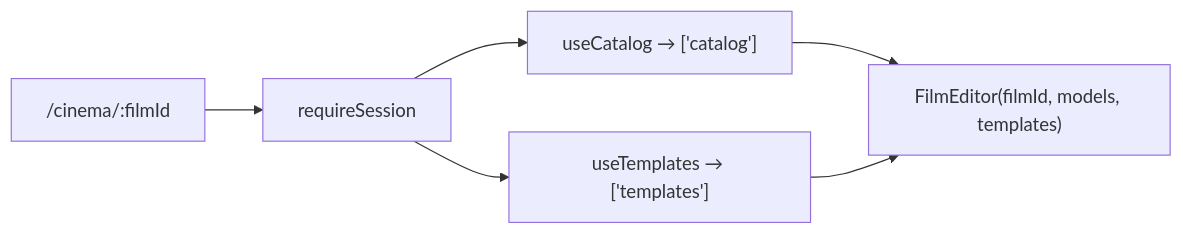
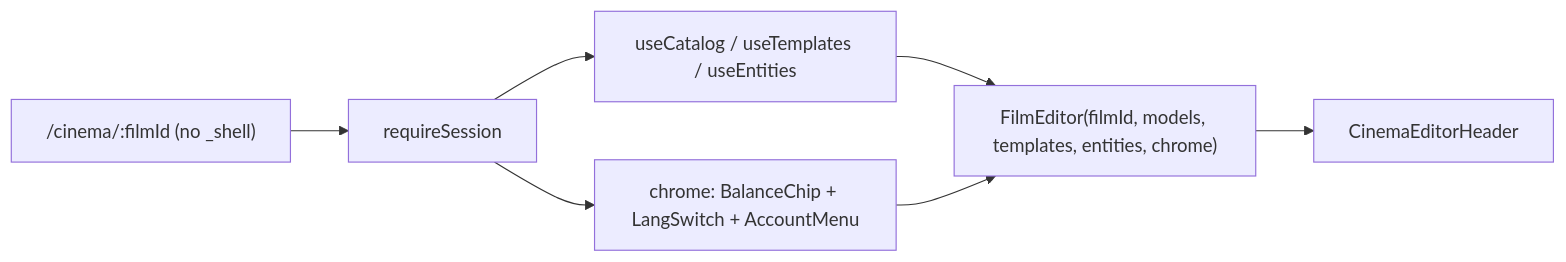
One commit to AzamatRaimbekov2/openCreate changed the diagram in apps/web/src/routes/cinema.$filmId.tsx.md. Above: the diagram before and after it, drawn with Mermaid. The commit also changed other lines of this file and 359 other files, not shown here.

````diff
--- a/apps/web/src/routes/cinema.$filmId.tsx.md
+++ b/apps/web/src/routes/cinema.$filmId.tsx.md
@@ -32,8 +38,9 @@
 ```mermaid
 flowchart LR
-  URL["/cinema/:filmId"] --> G[requireSession]
-  G --> CAT["useCatalog → ['catalog']"]
-  G --> TPL["useTemplates → ['templates']"]
-  CAT --> FE["FilmEditor(filmId, models, templates)"]
-  TPL --> FE
+  URL["/cinema/:filmId (no _shell)"] --> G[requireSession]
+  G --> CAT["useCatalog / useTemplates / useEntities"]
+  G --> CHR["chrome: BalanceChip + LangSwitch + AccountMenu"]
+  CAT --> FE["FilmEditor(filmId, models, templates, entities, chrome)"]
+  CHR --> FE
+  FE --> HDR[CinemaEditorHeader]
 ```
````
